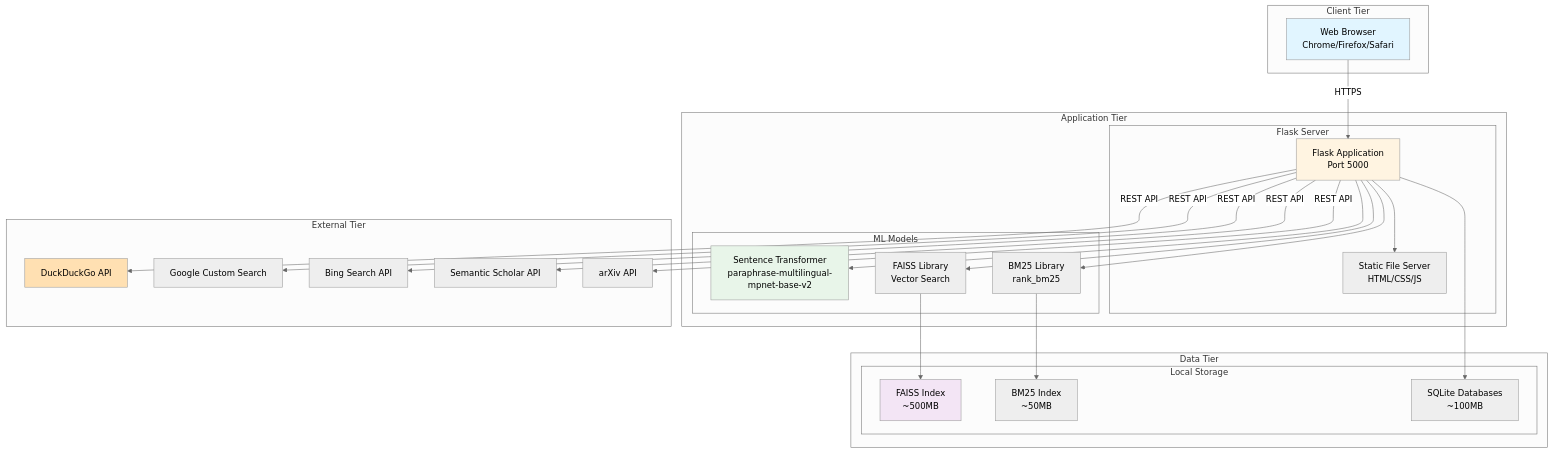
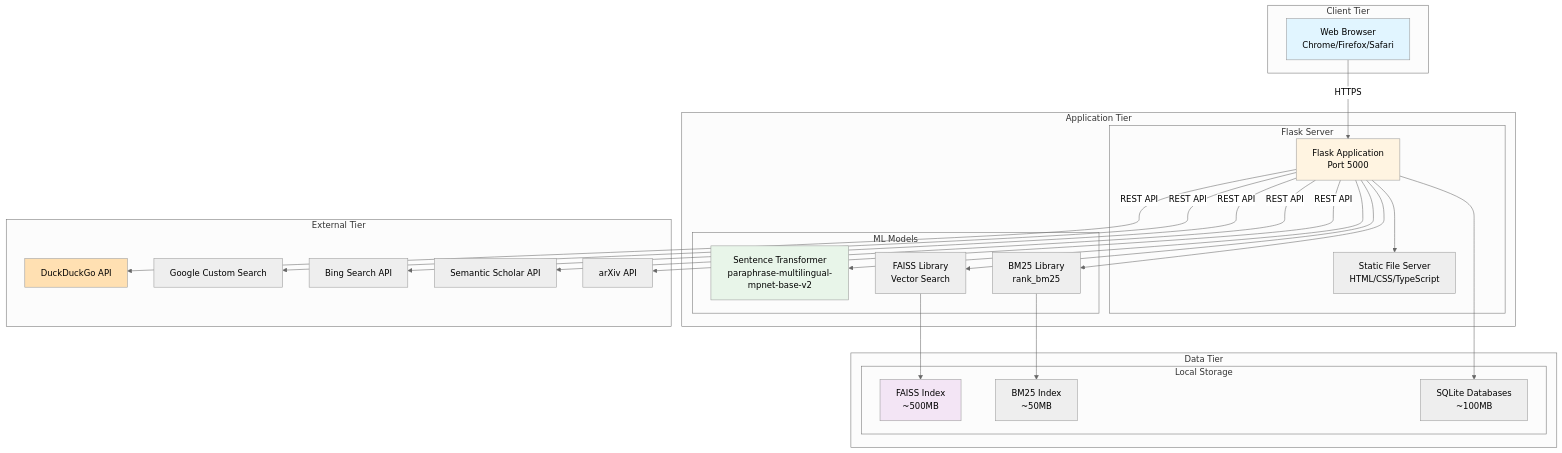
One commit to cr1stiaaana/Licenta_ThesisSourcesRecommender changed the seventh of 13 diagrams in theory_files/ARHITECTURA_SISTEM.md. Above: the diagram before and after it, drawn with Mermaid (neutral theme). The commit also changed other lines of this file and 11 other files, not shown here.

First line of the commit message:
Add architecture diagrams, thesis articles, and update JS to TypeScript references

````diff
--- a/theory_files/ARHITECTURA_SISTEM.md
+++ b/theory_files/ARHITECTURA_SISTEM.md
@@ -423,57 +423,57 @@
 ```mermaid
 graph TB
     subgraph "Client Tier"
         Browser[Web Browser<br/>Chrome/Firefox/Safari]
     end
 
     subgraph "Application Tier"
         subgraph "Flask Server"
             App[Flask Application<br/>Port 5000]
-            Static[Static File Server<br/>HTML/CSS/JS]
+            Static[Static File Server<br/>HTML/CSS/TypeScript]
         end
         
         subgraph "ML Models"
             Transformer[Sentence Transformer<br/>paraphrase-multilingual-mpnet-base-v2]
             FAISS_Lib[FAISS Library<br/>Vector Search]
             BM25_Lib[BM25 Library<br/>rank_bm25]
         end
     end
 
     subgraph "Data Tier"
         subgraph "Local Storage"
             VectorDB[FAISS Index<br/>~500MB]
             InvertedIdx[BM25 Index<br/>~50MB]
             SQLite[SQLite Databases<br/>~100MB]
         end
     end
 
     subgraph "External Tier"
         DuckDuckGo[DuckDuckGo API]
         GoogleCSE[Google Custom Search]
         BingAPI[Bing Search API]
         SemanticScholar[Semantic Scholar API]
         ArXiv[arXiv API]
     end
 
     Browser -->|HTTPS| App
     App --> Static
     App --> Transformer
     App --> FAISS_Lib
     App --> BM25_Lib
     
     FAISS_Lib --> VectorDB
     BM25_Lib --> InvertedIdx
     App --> SQLite
     
     App -->|REST API| DuckDuckGo
     App -->|REST API| GoogleCSE
     App -->|REST API| BingAPI
     App -->|REST API| SemanticScholar
     App -->|REST API| ArXiv
     
     style Browser fill:#e1f5ff
     style App fill:#fff4e1
     style Transformer fill:#e8f5e9
     style VectorDB fill:#f3e5f5
     style DuckDuckGo fill:#ffe0b2
 ```
````
